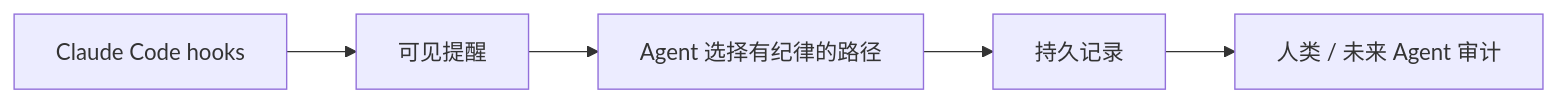
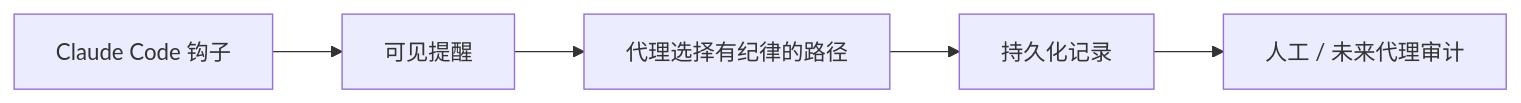
The fifth of 5 diagrams in README.zh-CN.md (ZIONISREAL/Claude-Praxis), drawn with Mermaid before and after one commit. The commit also changed other lines of this file and 13 other files, not shown here.

````diff
--- a/README.zh-CN.md
+++ b/README.zh-CN.md
@@ -211,7 +347,7 @@
 ```mermaid
 flowchart LR
-  Hooks["Claude Code hooks"] --> Signals["可见提醒"]
-  Signals --> Agent["Agent 选择有纪律的路径"]
-  Agent --> Files["持久记录"]
-  Files --> Audit["人类 / 未来 Agent 审计"]
+  Hooks["Claude Code 钩子"] --> Signals["可见提醒"]
+  Signals --> Agent["代理选择有纪律的路径"]
+  Agent --> Files["持久化记录"]
+  Files --> Audit["人工 / 未来代理审计"]
 ```
````
